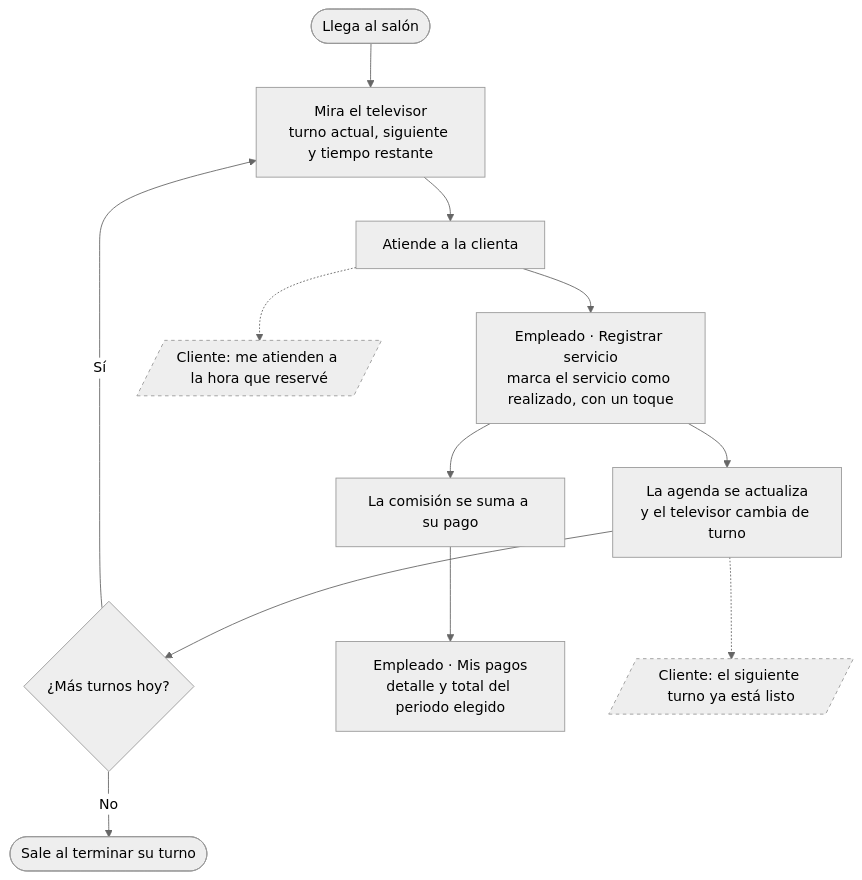
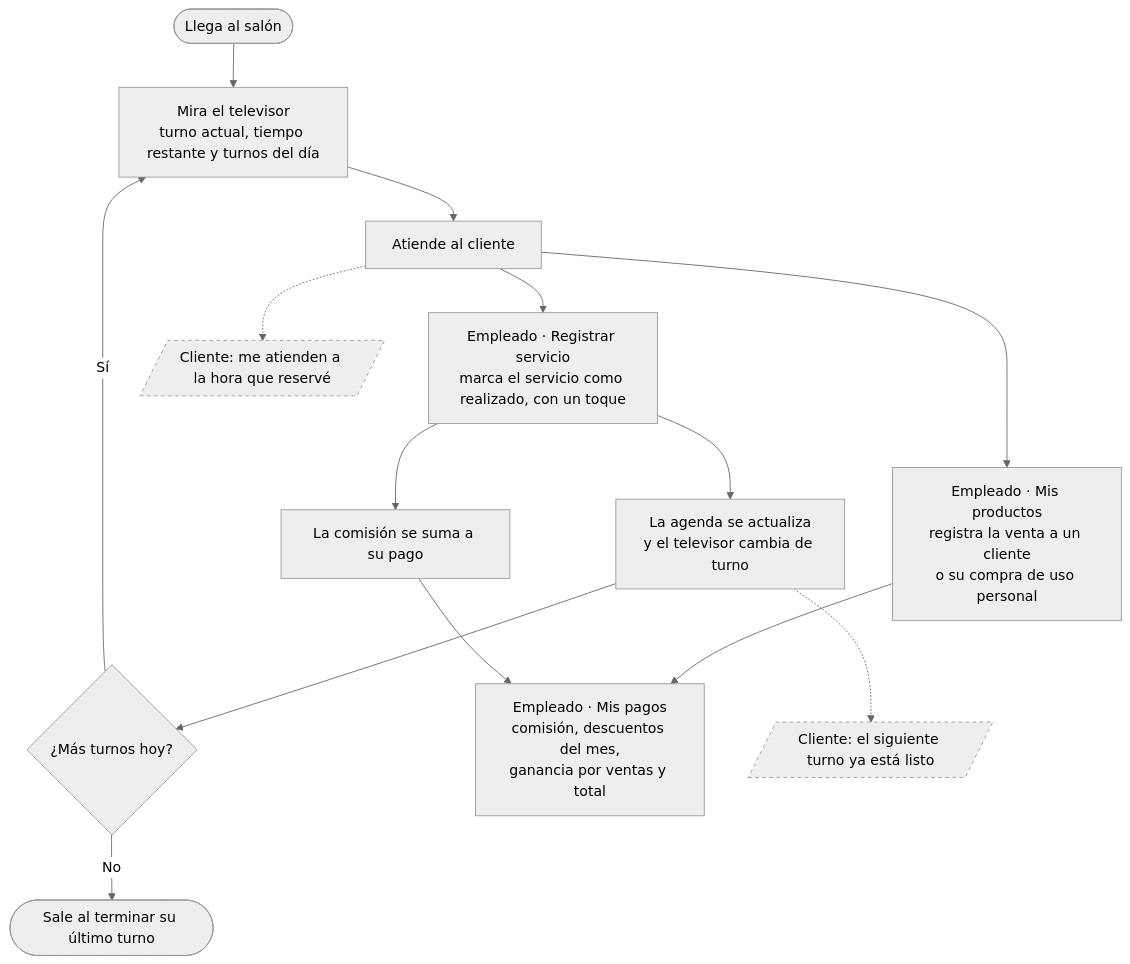
Before and after one commit to svzapatac/Citara: the second of 4 diagrams in docs/flujos-de-usuario.md, drawn with Mermaid (neutral theme). The commit also changed other lines of this file and 7 other files, not shown here.

First line of the commit message:
Barbería y cejas, productos con descuento mensual, dotación por área, turnos múltiples, documentos sin vencimiento

````diff
--- a/docs/flujos-de-usuario.md
+++ b/docs/flujos-de-usuario.md
@@ -38,16 +38,18 @@
 ```mermaid
 flowchart TD
-    A([Llega al salón]) --> B[Mira el televisor<br/>turno actual, siguiente y tiempo restante]
-    B --> C[Atiende a la clienta]
+    A([Llega al salón]) --> B[Mira el televisor<br/>turno actual, tiempo restante y turnos del día]
+    B --> C[Atiende al cliente]
     C --> D[Empleado · Registrar servicio<br/>marca el servicio como realizado, con un toque]
     D --> E[La agenda se actualiza<br/>y el televisor cambia de turno]
     E --> F{¿Más turnos hoy?}
     F -- Sí --> B
-    F -- No --> G([Sale al terminar su turno])
+    F -- No --> G([Sale al terminar su último turno])
     D --> H[La comisión se suma a su pago]
-    H --> I[Empleado · Mis pagos<br/>detalle y total del periodo elegido]
+    C --> V[Empleado · Mis productos<br/>registra la venta a un cliente<br/>o su compra de uso personal]
+    V --> I
+    H --> I[Empleado · Mis pagos<br/>comisión, descuentos del mes,<br/>ganancia por ventas y total]
     C -.-> c1[/"Cliente: me atienden a la hora que reservé"/]
     E -.-> c2[/"Cliente: el siguiente turno ya está listo"/]
     style c1 stroke-dasharray: 4 4
     style c2 stroke-dasharray: 4 4
 ```
````
